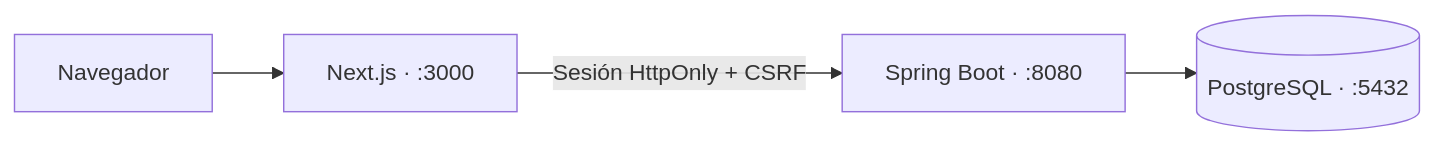
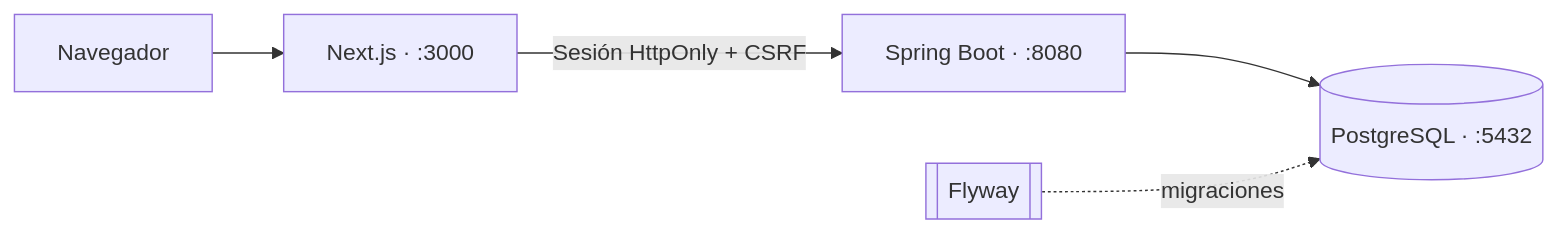
The diagram in README.md (Cosmichomeless/FORGE), drawn with Mermaid before and after one commit. The commit also changed other lines of this file and 2 other files, not shown here.

````diff
--- a/README.md
+++ b/README.md
@@ -39,6 +52,7 @@
 ```mermaid
 flowchart LR
   Browser[Navegador] --> UI[Next.js · :3000]
   UI -->|Sesión HttpOnly + CSRF| API[Spring Boot · :8080]
   API --> DB[(PostgreSQL · :5432)]
+  Flyway[[Flyway]] -.->|migraciones| DB
 ```
````
